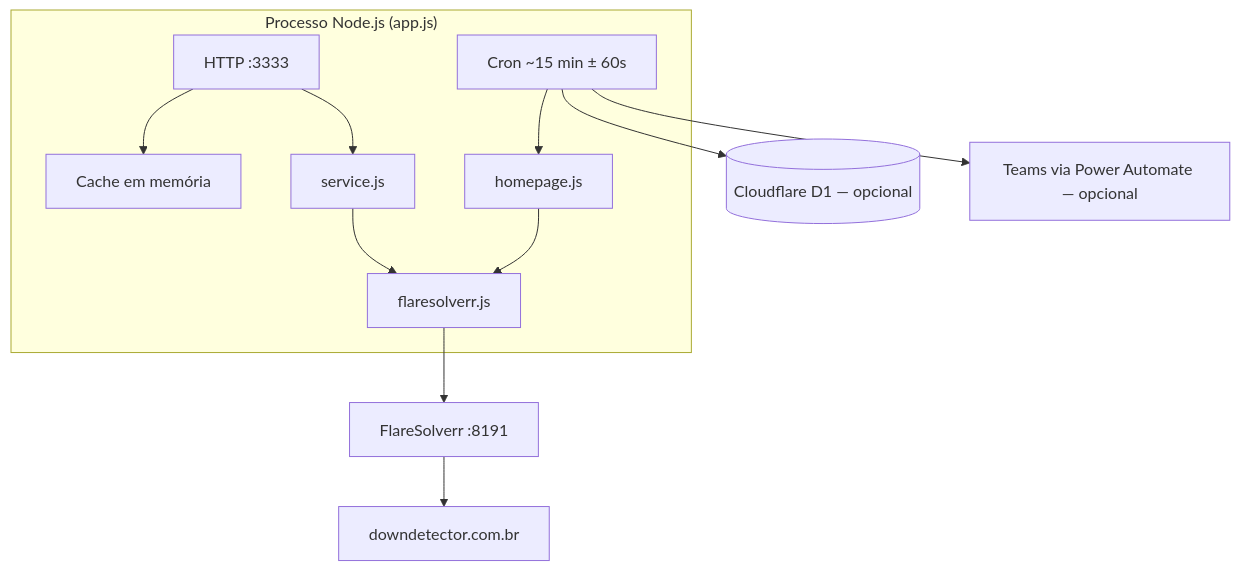
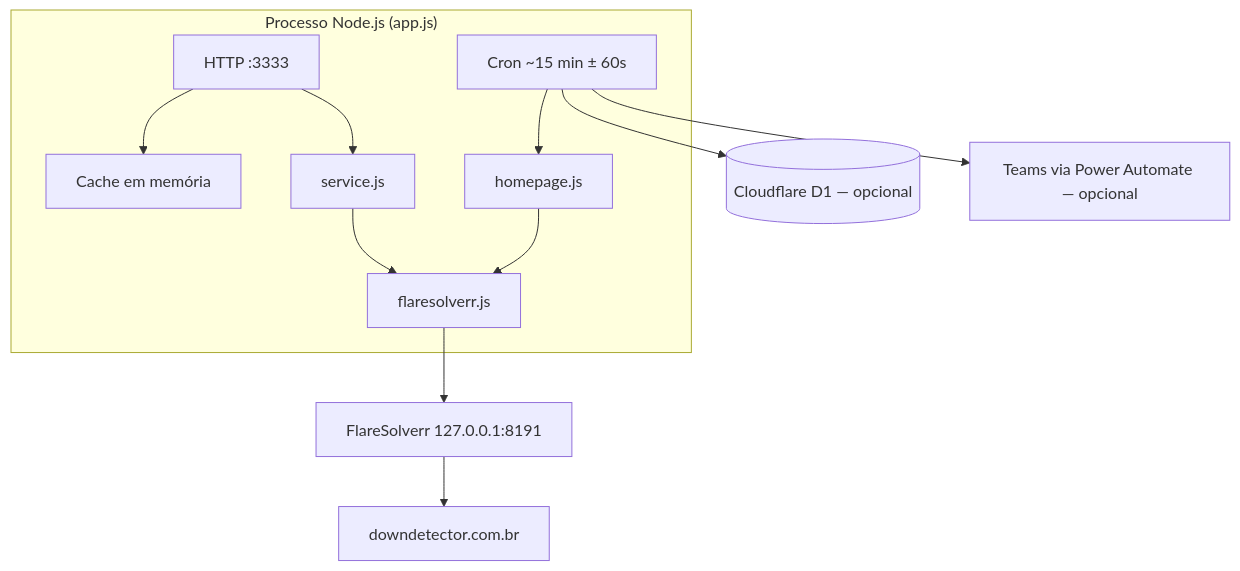
Before and after one commit to Luminous-Telecom/downdetector-zabbix: the diagram in README.md, drawn with Mermaid. The commit also changed other lines of this file and 3 other files, not shown here.

First line of the commit message:
Restrict FlareSolverr to localhost only.

````diff
--- a/README.md
+++ b/README.md
@@ -242,26 +261,26 @@
 ```mermaid
 graph TD
     subgraph App["Processo Node.js (app.js)"]
         Cron["Cron ~15 min ± 60s"]
         HTTP["HTTP :3333"]
         Cache["Cache em memória"]
         HP["homepage.js"]
         SV["service.js"]
         FS["flaresolverr.js"]
     end
 
-    Flare["FlareSolverr :8191"]
+    Flare["FlareSolverr 127.0.0.1:8191"]
     DD["downdetector.com.br"]
     D1[("Cloudflare D1 — opcional")]
     Teams["Teams via Power Automate — opcional"]
 
     Cron --> HP
     HTTP --> Cache
     HTTP --> SV
     HP --> FS
     SV --> FS
     FS --> Flare
     Flare --> DD
     Cron --> D1
     Cron --> Teams
 ```
````
